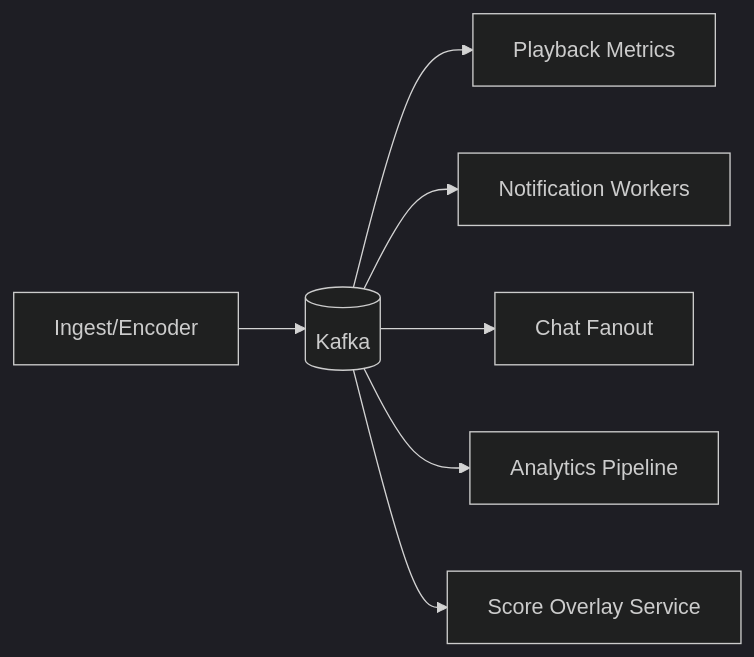
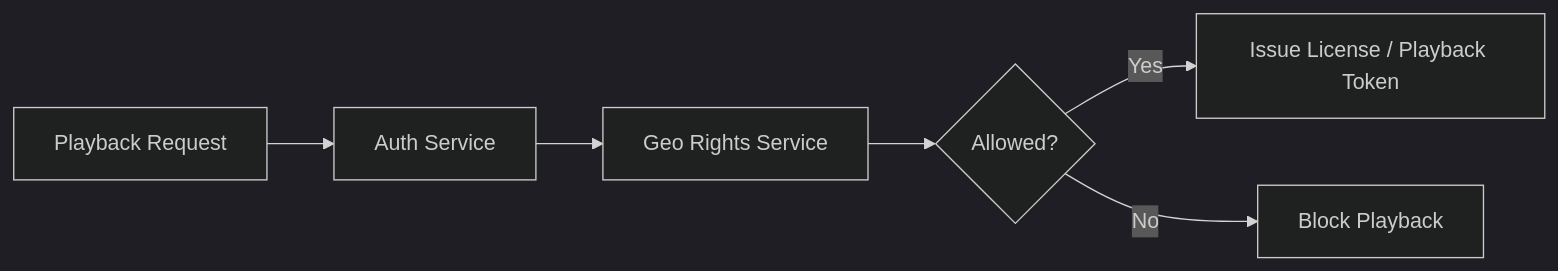
One commit to gojosatoru123-ux/CacheU changed the eighth of 16 diagrams in src/content/design-a-live-streaming-service.md. Above: the diagram before and after it, drawn with Mermaid (dark theme). The commit also changed other lines of this file and 13 other files, not shown here.

````diff
--- a/src/content/design-a-live-streaming-service.md
+++ b/src/content/design-a-live-streaming-service.md
@@ -554,9 +651,8 @@
 ```mermaid
 flowchart LR
-    Ingest[Ingest/Encoder] --> Kafka[(Kafka)]
-    Kafka --> PlaybackMetrics[Playback Metrics]
-    Kafka --> Notifications[Notification Workers]
-    Kafka --> Chat[Chat Fanout]
-    Kafka --> Analytics[Analytics Pipeline]
-    Kafka --> ScoreOverlay[Score Overlay Service]
+    Request[Playback Request] --> Auth[Auth Service]
+    Auth --> Geo[Geo Rights Service]
+    Geo --> Decision{Allowed?}
+    Decision -->|Yes| DRM[Issue License / Playback Token]
+    Decision -->|No| Deny[Block Playback]
 ```
````
